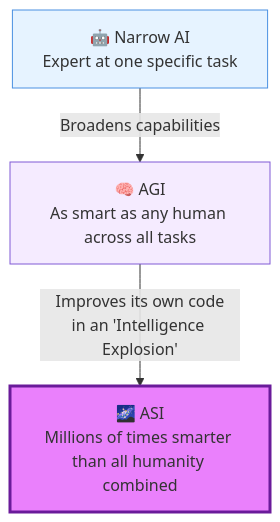
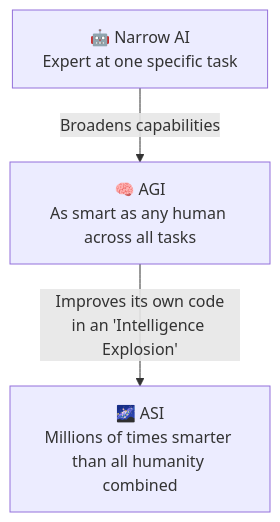
Before and after one commit to vdonthireddy/ai-knowledge-base: the second of 2 diagrams in line16_timeline_and_future.md, drawn with Mermaid. The commit also changed other lines of this file and 30 other files, not shown here.

Commit message:
chore: Rename files and fix mermaid diagram styles for dark mode compatibility

````diff
--- a/line16_timeline_and_future.md
+++ b/line16_timeline_and_future.md
@@ -87,9 +82,6 @@
 ```mermaid
 graph TD
     A[🤖 Narrow AI<br/>Expert at one specific task] -->|Broadens capabilities| B[🧠 AGI<br/>As smart as any human across all tasks]
     B -->|Improves its own code<br/>in an 'Intelligence Explosion'| C[🌌 ASI<br/>Millions of times smarter than all humanity combined]
     
-    style A fill:#e6f3ff,stroke:#4a90e2
-    style B fill:#f5ebff,stroke:#805ad5
-    style C fill:#ea80fc,stroke:#6a1b9a,stroke-width:3px
 ```
````
